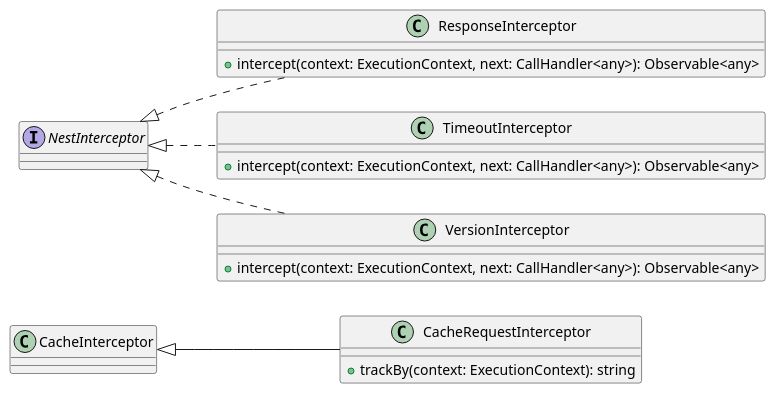
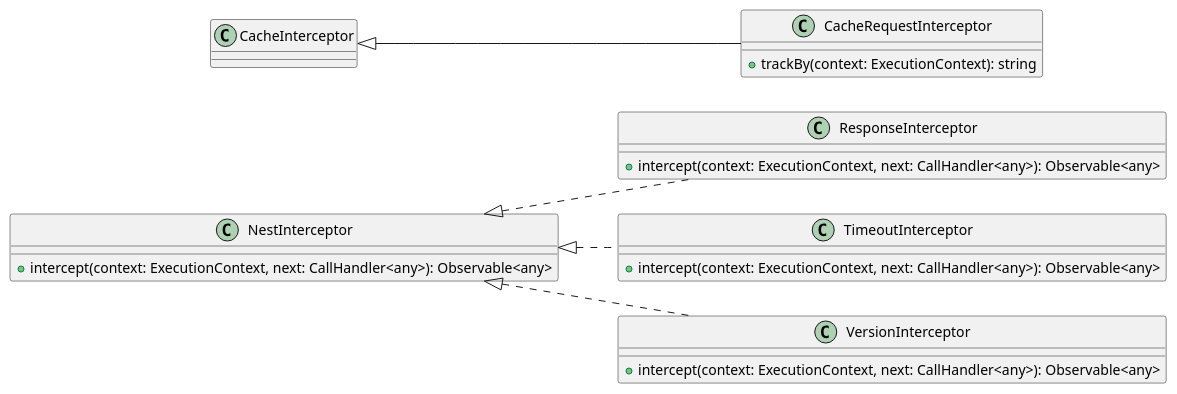
Before and after one commit to MurylloEx/Seja-UPE-Docs: the diagram in src/C1. Visão Geral/C2. Sistema/C3. Endpoints RESTful (Server)/C4. Visão Lógica/[PUML] Classes - Interceptors.puml, drawn with PlantUML.

Commit message:
:bug: fix: Missing NestInterceptor in class diagram.

```diff
--- a/src/C1. Visão Geral/C2. Sistema/C3. Endpoints RESTful (Server)/C4. Visão Lógica/[PUML] Classes - Interceptors.puml
+++ b/src/C1. Visão Geral/C2. Sistema/C3. Endpoints RESTful (Server)/C4. Visão Lógica/[PUML] Classes - Interceptors.puml
@@ -1,21 +1,25 @@
 @startuml "Class Diagram"
 
 left to right direction
+
+class NestInterceptor {
+  +intercept(context: ExecutionContext, next: CallHandler<any>): Observable<any>
+}
 
 class CacheRequestInterceptor extends CacheInterceptor {
   +trackBy(context: ExecutionContext): string
 }
 
 class ResponseInterceptor implements NestInterceptor {
   +intercept(context: ExecutionContext, next: CallHandler<any>): Observable<any>
 }
 
 class TimeoutInterceptor implements NestInterceptor {
   +intercept(context: ExecutionContext, next: CallHandler<any>): Observable<any>
 }
 
 class VersionInterceptor implements NestInterceptor {
   +intercept(context: ExecutionContext, next: CallHandler<any>): Observable<any>
 }
 
 @enduml
```
